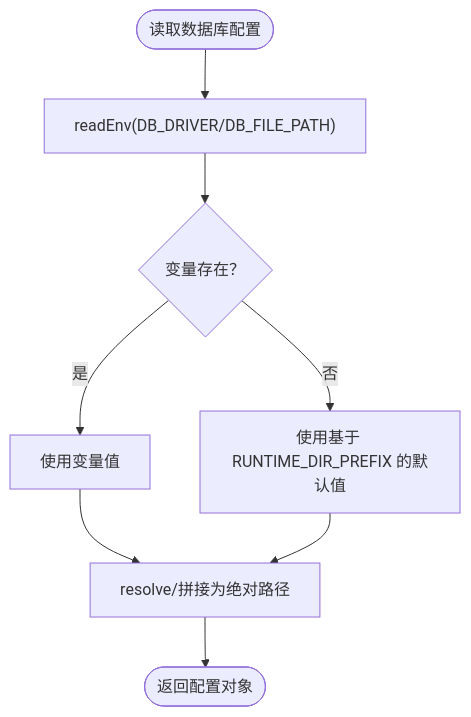
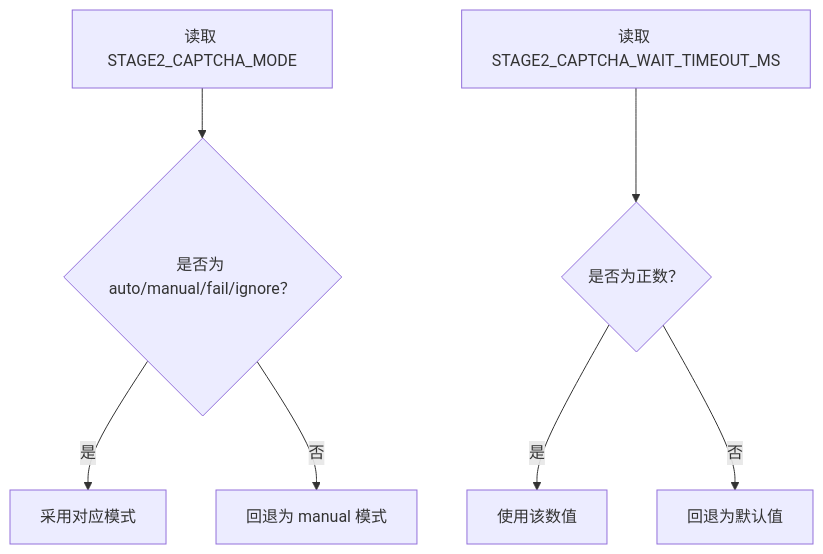
Before and after one commit to Jiane-EJ/playwright-mind: the fifth of 6 diagrams in .qoder/repowiki/zh/content/配置管理系统/环境变量管理.md, drawn with Mermaid. The commit also changed other lines of this file and 151 other files, not shown here.

````diff
--- a/.qoder/repowiki/zh/content/配置管理系统/环境变量管理.md
+++ b/.qoder/repowiki/zh/content/配置管理系统/环境变量管理.md
@@ -220,10 +219,9 @@
 ```mermaid
 flowchart TD
-Start(["读取数据库配置"]) --> ReadEnv["readEnv(DB_DRIVER/DB_FILE_PATH)"]
-ReadEnv --> HasValue{"变量存在？"}
-HasValue --> |是| UseVar["使用变量值"]
-HasValue --> |否| UseDefault["使用基于 RUNTIME_DIR_PREFIX 的默认值"]
-UseVar --> Resolve["resolve/拼接为绝对路径"]
-UseDefault --> Resolve
-Resolve --> End(["返回配置对象"])
+A["读取 STAGE2_CAPTCHA_MODE"] --> B{"是否为 auto/manual/fail/ignore？"}
+B --> |是| C["采用对应模式"]
+B --> |否| D["回退为 manual 模式"]
+E["读取 STAGE2_CAPTCHA_WAIT_TIMEOUT_MS"] --> F{"是否为正数？"}
+F --> |是| G["使用该数值"]
+F --> |否| H["回退为默认值"]
 ```
````
